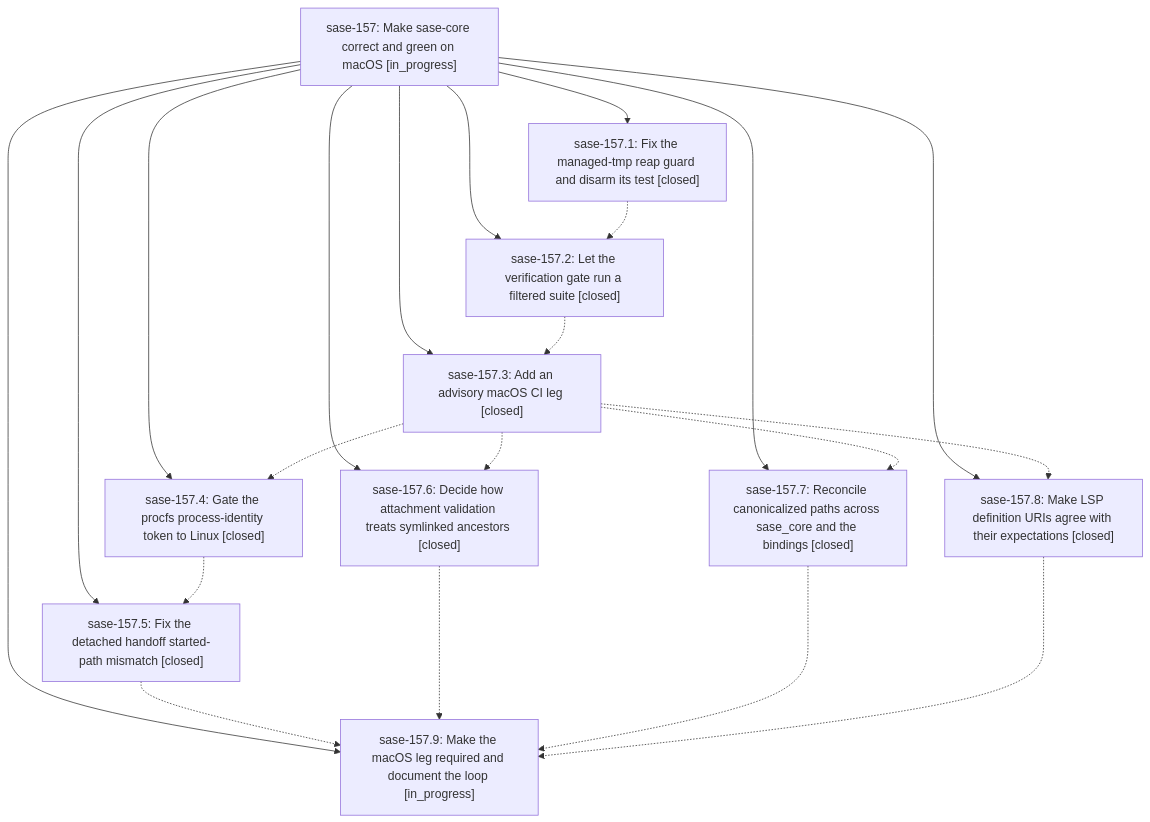
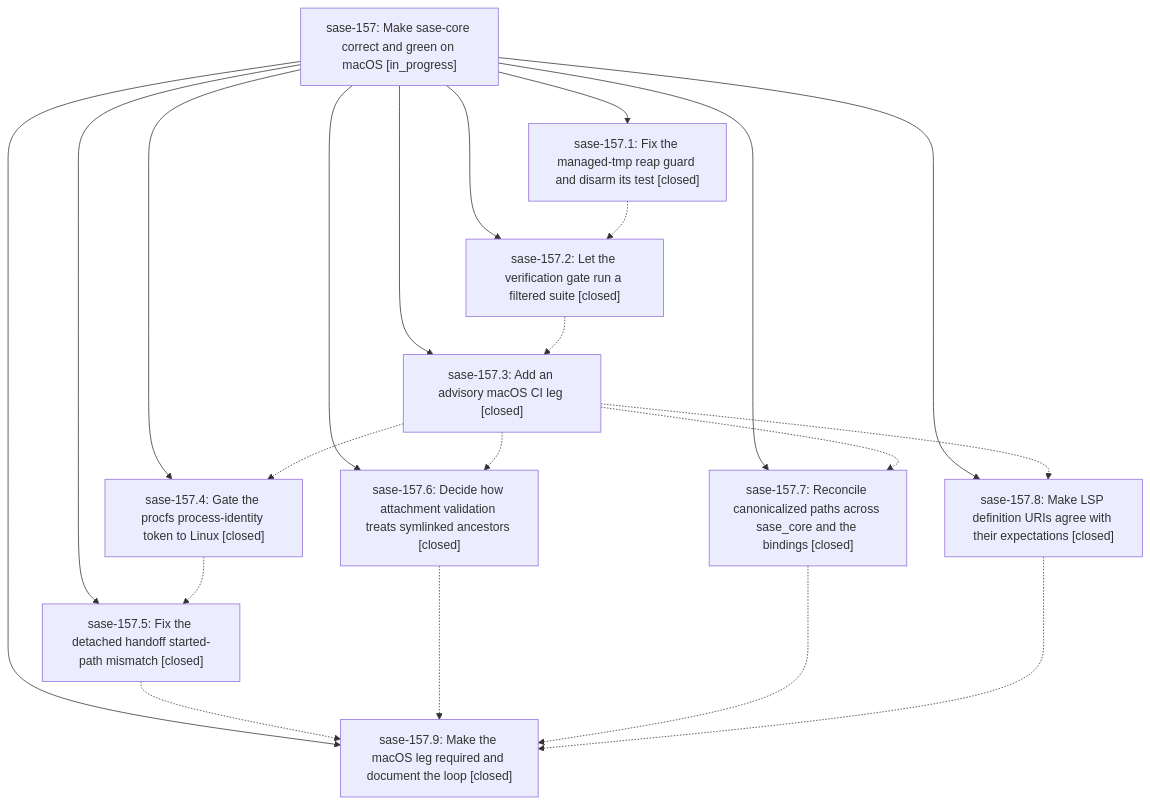
The diagram in pages/sase-157/README.md (sase-org/sase--beads), drawn with Mermaid before and after one commit. The commit also changed other lines of this file and 5 other files, not shown here.

````diff
--- a/pages/sase-157/README.md
+++ b/pages/sase-157/README.md
@@ -42,33 +42,33 @@
 ```mermaid
 flowchart TD
     n0["sase-157: Make sase-core correct and green on macOS [in_progress]"]
     n1["sase-157.1: Fix the managed-tmp reap guard and disarm its test [closed]"]
     n2["sase-157.2: Let the verification gate run a filtered suite [closed]"]
     n3["sase-157.3: Add an advisory macOS CI leg [closed]"]
     n4["sase-157.4: Gate the procfs process-identity token to Linux [closed]"]
     n5["sase-157.5: Fix the detached handoff started-path mismatch [closed]"]
     n6["sase-157.6: Decide how attachment validation treats symlinked ancestors [closed]"]
     n7["sase-157.7: Reconcile canonicalized paths across sase_core and the bindings [closed]"]
     n8["sase-157.8: Make LSP definition URIs agree with their expectations [closed]"]
-    n9["sase-157.9: Make the macOS leg required and document the loop [in_progress]"]
+    n9["sase-157.9: Make the macOS leg required and document the loop [closed]"]
     n0 --> n1
     n0 --> n2
     n0 --> n3
     n0 --> n4
     n0 --> n5
     n0 --> n6
     n0 --> n7
     n0 --> n8
     n0 --> n9
     n1 -.-> n2
     n2 -.-> n3
     n3 -.-> n4
     n3 -.-> n6
     n3 -.-> n7
     n3 -.-> n8
     n4 -.-> n5
     n5 -.-> n9
     n6 -.-> n9
     n7 -.-> n9
     n8 -.-> n9
 ```
````
